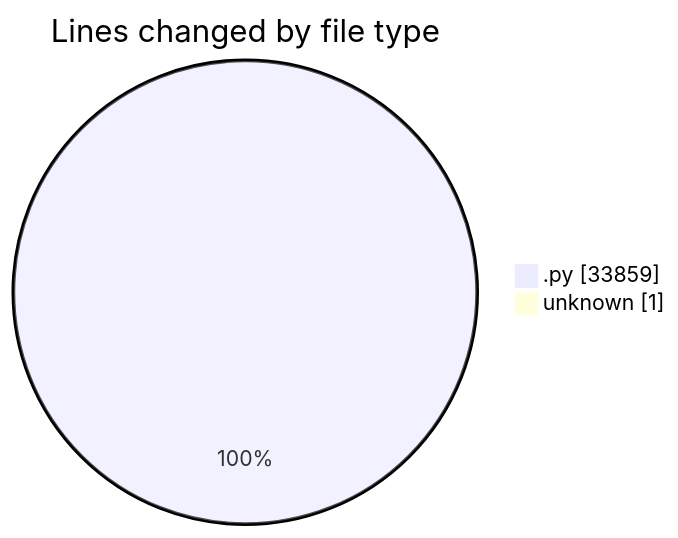
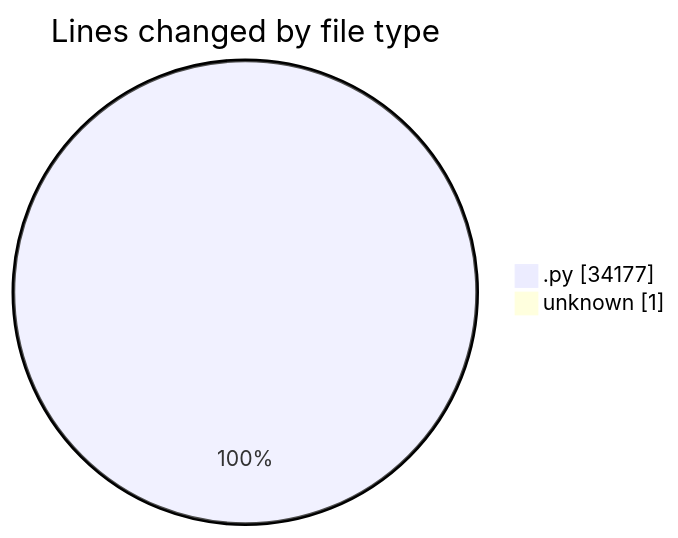
Before and after one commit to julien-gomy/code-tracking: the first of 2 diagrams in 2025-11-22/eventscop-api-guide__workspace_/README.md, drawn with Mermaid. The commit also changed other lines of this file and 1 other file, not shown here.

````diff
--- a/2025-11-22/eventscop-api-guide__workspace_/README.md
+++ b/2025-11-22/eventscop-api-guide__workspace_/README.md
@@ -32,6 +33,6 @@
 ```mermaid
 pie showData
 title Lines changed by file type
-".py" : 33859
+".py" : 34177
 "unknown" : 1
 ```
````
